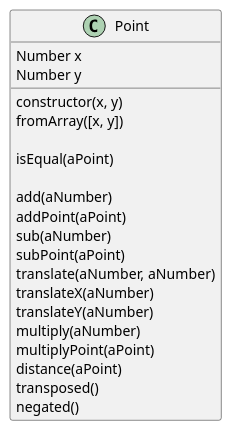
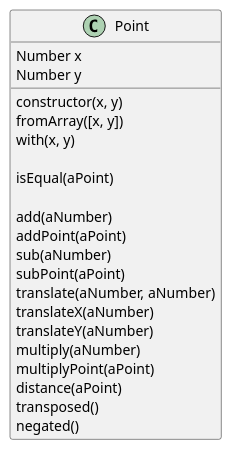
One commit to jarusll/Point changed the diagram in Point.puml. Above: the diagram before and after it, drawn with PlantUML. The commit also changed 3 other files, not shown here.

```diff
--- a/Point.puml
+++ b/Point.puml
@@ -1,24 +1,25 @@
-@startuml Geometry
+@startuml Point
 class Point {
     Number x
     Number y
 
     constructor(x, y)
     fromArray([x, y])
+    with(x, y)
 
     isEqual(aPoint)
 
     add(aNumber)
     addPoint(aPoint)
     sub(aNumber)
     subPoint(aPoint)
     translate(aNumber, aNumber)
     translateX(aNumber)
     translateY(aNumber)
     multiply(aNumber)
     multiplyPoint(aPoint)
     distance(aPoint)
     transposed()
     negated()
 }
 @enduml
```
